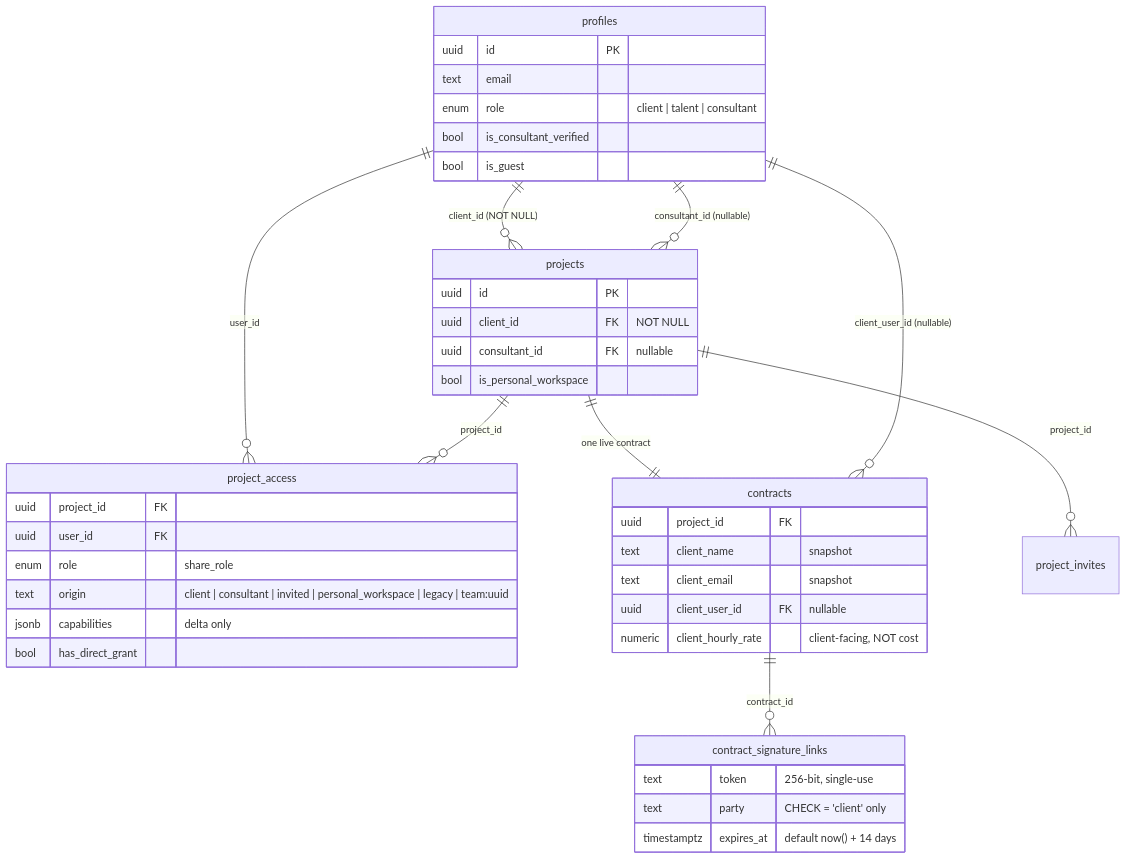
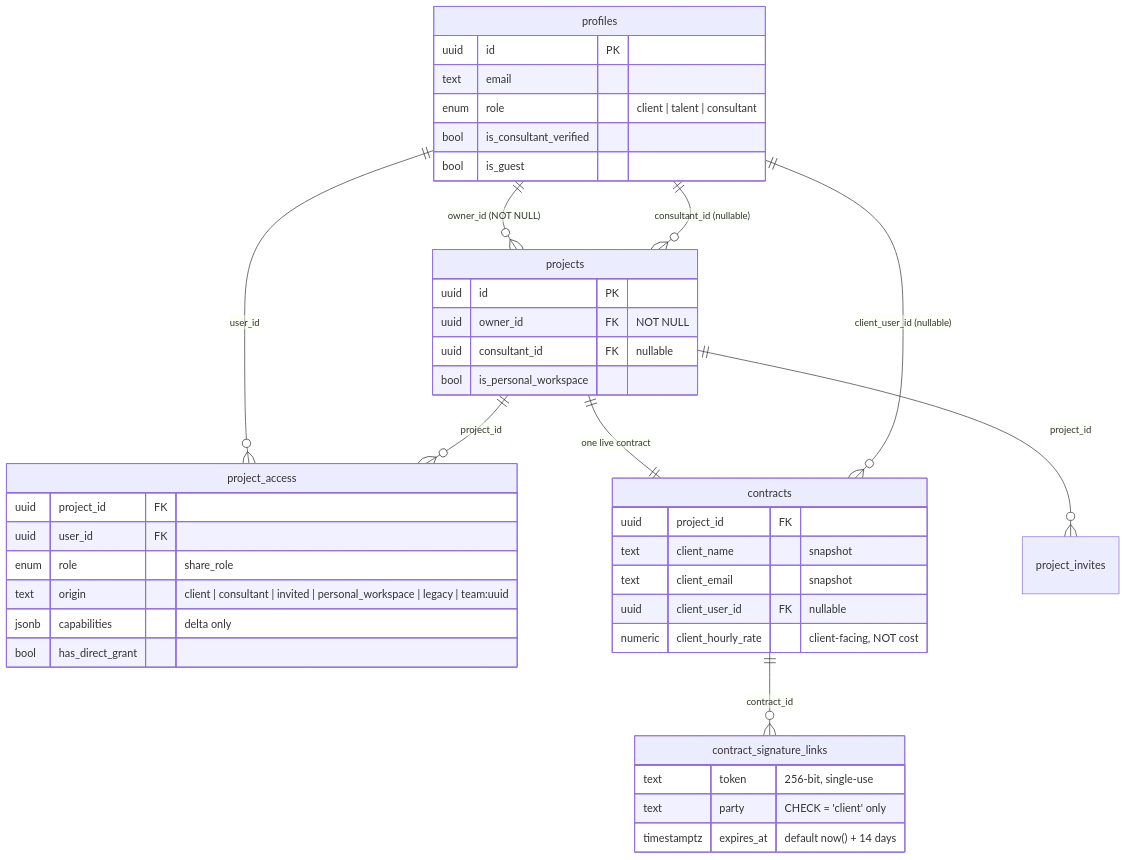
One commit to DavidBatoDev/proyekto changed the second of 2 diagrams in docs/11-domains/clients/client-structure.md. Above: the diagram before and after it, drawn with Mermaid. The commit also changed other lines of this file and 51 other files, not shown here.

Commit message:
refactor: rename project client to owner

````diff
--- a/docs/11-domains/clients/client-structure.md
+++ b/docs/11-domains/clients/client-structure.md
@@ -64,45 +65,45 @@
 ```mermaid
 erDiagram
-    profiles ||--o{ projects : "client_id (NOT NULL)"
+    profiles ||--o{ projects : "owner_id (NOT NULL)"
     profiles ||--o{ projects : "consultant_id (nullable)"
     profiles ||--o{ project_access : user_id
     projects ||--o{ project_access : project_id
     projects ||--|| contracts : "one live contract"
     profiles ||--o{ contracts : "client_user_id (nullable)"
     contracts ||--o{ contract_signature_links : contract_id
     projects ||--o{ project_invites : project_id
 
     profiles {
         uuid id PK
         text email
         enum role "client | talent | consultant"
         bool is_consultant_verified
         bool is_guest
     }
     projects {
         uuid id PK
-        uuid client_id FK "NOT NULL"
+        uuid owner_id FK "NOT NULL"
         uuid consultant_id FK "nullable"
         bool is_personal_workspace
     }
     project_access {
         uuid project_id FK
         uuid user_id FK
         enum role "share_role"
         text origin "client | consultant | invited | personal_workspace | legacy | team:uuid"
         jsonb capabilities "delta only"
         bool has_direct_grant
     }
     contracts {
         uuid project_id FK
         text client_name "snapshot"
         text client_email "snapshot"
         uuid client_user_id FK "nullable"
         numeric client_hourly_rate "client-facing, NOT cost"
     }
     contract_signature_links {
         text token "256-bit, single-use"
         text party "CHECK = 'client' only"
         timestamptz expires_at "default now() + 14 days"
     }
 ```
````
